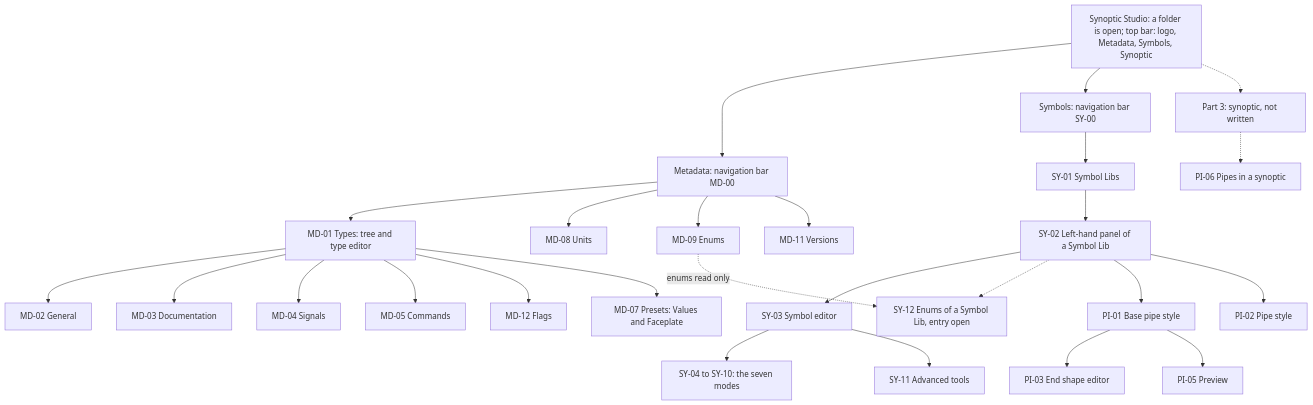
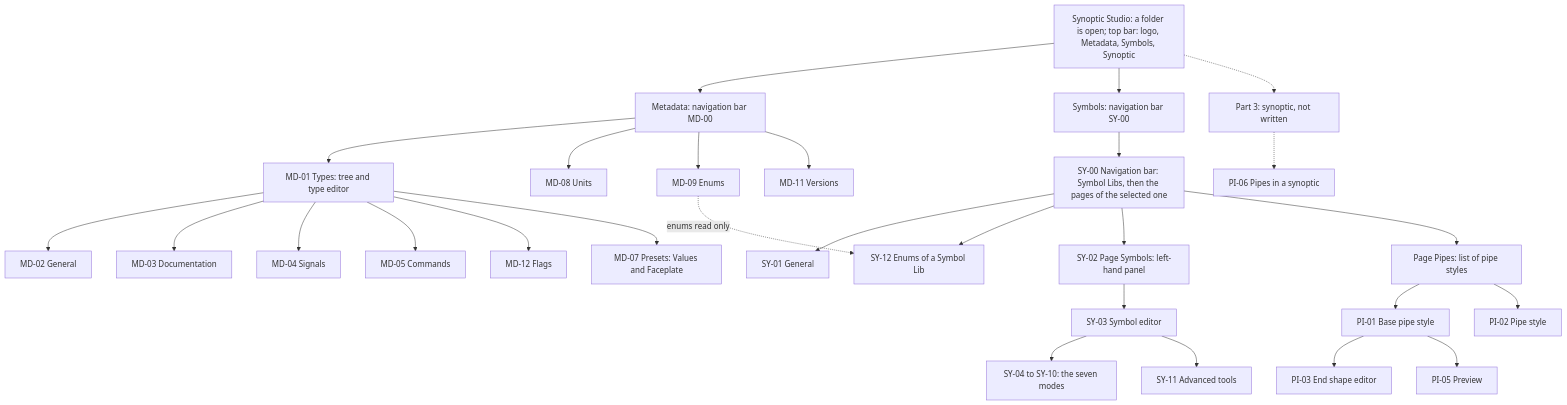
One commit to AlexandreGallais/synoptic-studio-spec changed the sixth of 6 diagrams in screens/README.md. Above: the diagram before and after it, drawn with Mermaid. The commit also changed 14 other files, not shown here.

First line of the commit message:
docs(spec): move symbol lib pages to the bar and fix faceplate write modes

````diff
--- a/screens/README.md
+++ b/screens/README.md
@@ -196,30 +196,32 @@
 ```mermaid
 flowchart TD
     APP["Synoptic Studio: a folder is open; top bar: logo, Metadata, Symbols, Synoptic"] --> MD["Metadata: navigation bar MD-00"]
     APP --> SY["Symbols: navigation bar SY-00"]
     APP -.-> P3["Part 3: synoptic, not written"]
 
     MD --> MD01["MD-01 Types: tree and type editor"]
     MD01 --> MD02["MD-02 General"]
     MD01 --> MD03["MD-03 Documentation"]
     MD01 --> MD04["MD-04 Signals"]
     MD01 --> MD05["MD-05 Commands"]
     MD01 --> MD12["MD-12 Flags"]
     MD01 --> MD07["MD-07 Presets: Values and Faceplate"]
     MD --> MD08["MD-08 Units"]
     MD --> MD09["MD-09 Enums"]
     MD --> MD11["MD-11 Versions"]
 
-    SY --> SY01["SY-01 Symbol Libs"]
-    SY01 --> SY02["SY-02 Left-hand panel of a Symbol Lib"]
+    SY --> SY00["SY-00 Navigation bar: Symbol Libs, then the pages of the selected one"]
+    SY00 --> SY01["SY-01 General"]
+    SY00 --> SY12["SY-12 Enums of a Symbol Lib"]
+    SY00 --> SY02["SY-02 Page Symbols: left-hand panel"]
+    SY00 --> SYP["Page Pipes: list of pipe styles"]
     SY02 --> SY03["SY-03 Symbol editor"]
     SY03 --> SY04["SY-04 to SY-10: the seven modes"]
     SY03 --> SY11["SY-11 Advanced tools"]
-    SY02 -.-> SY12["SY-12 Enums of a Symbol Lib, entry open"]
     MD09 -.->|"enums read only"| SY12
-    SY02 --> PI01["PI-01 Base pipe style"]
-    SY02 --> PI02["PI-02 Pipe style"]
+    SYP --> PI01["PI-01 Base pipe style"]
+    SYP --> PI02["PI-02 Pipe style"]
     PI01 --> PI03["PI-03 End shape editor"]
     PI01 --> PI05["PI-05 Preview"]
     P3 -.-> PI06["PI-06 Pipes in a synoptic"]
 ```
````
